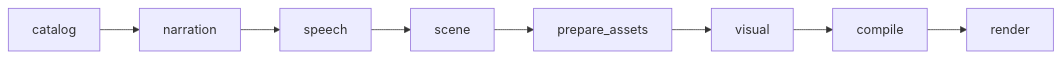
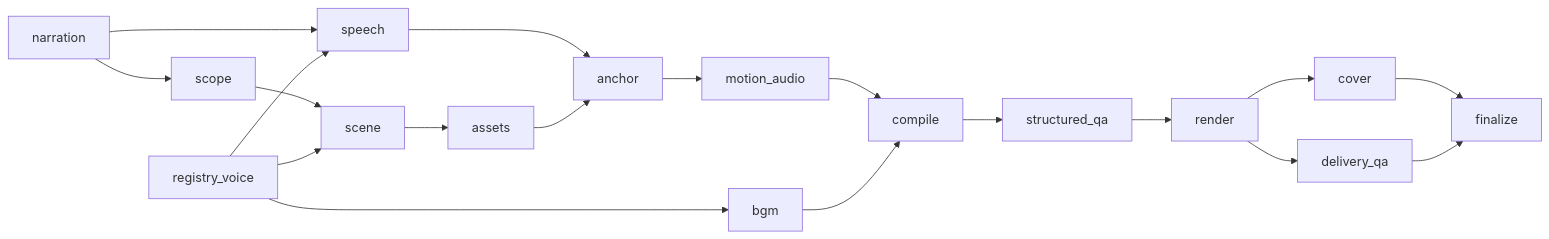
One commit to 60ke/video-agent changed the diagram in docs/architecture.md. Above: the diagram before and after it, drawn with Mermaid. The commit also changed other lines of this file and 51 other files, not shown here.

````diff
--- a/docs/architecture.md
+++ b/docs/architecture.md
@@ -28,10 +28,21 @@
 ```mermaid
 flowchart LR
-    A["catalog"] --> B["narration"]
-    B --> C["speech"]
-    C --> D["scene"]
-    D --> E["prepare_assets"]
-    E --> F["visual"]
-    F --> G["compile"]
-    G --> H["render"]
+    N["narration"] --> S["speech"]
+    N --> SC["scope"]
+    SC --> SE["scene"]
+    R["registry_voice"] --> S
+    R --> SE
+    SE --> A["assets"]
+    S --> AN["anchor"]
+    A --> AN
+    AN --> M["motion_audio"]
+    R --> B["bgm"]
+    M --> C["compile"]
+    B --> C
+    C --> Q["structured_qa"]
+    Q --> RD["render"]
+    RD --> CV["cover"]
+    RD --> D["delivery_qa"]
+    CV --> F["finalize"]
+    D --> F
 ```
````
